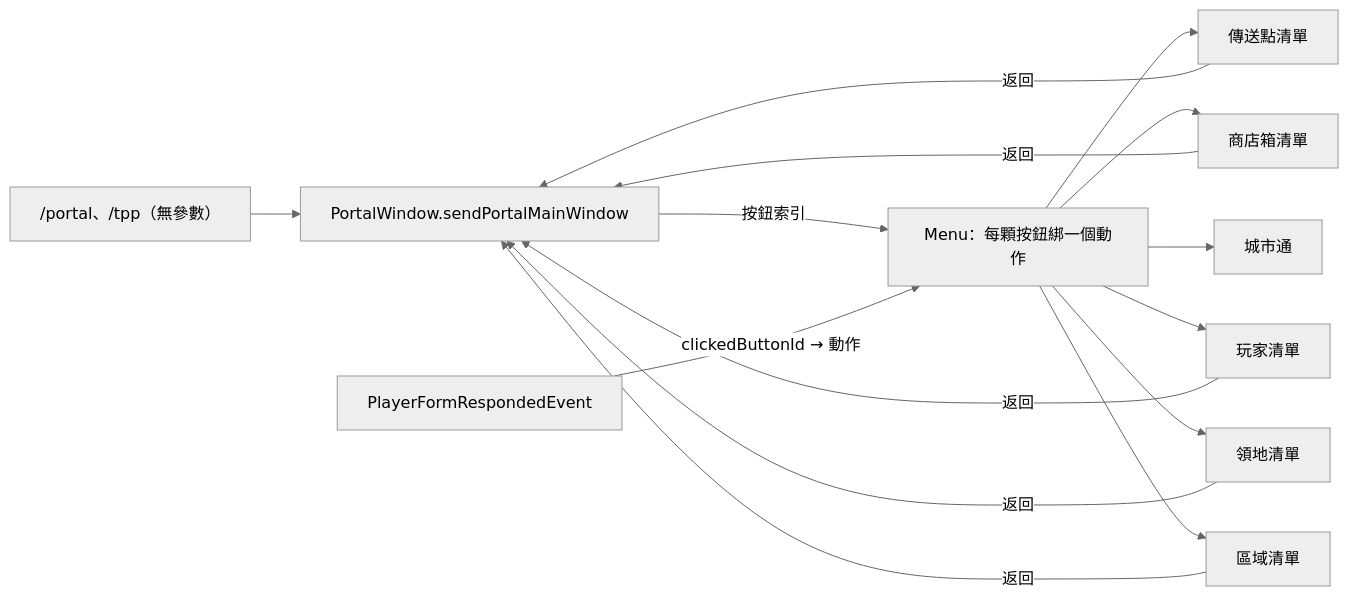
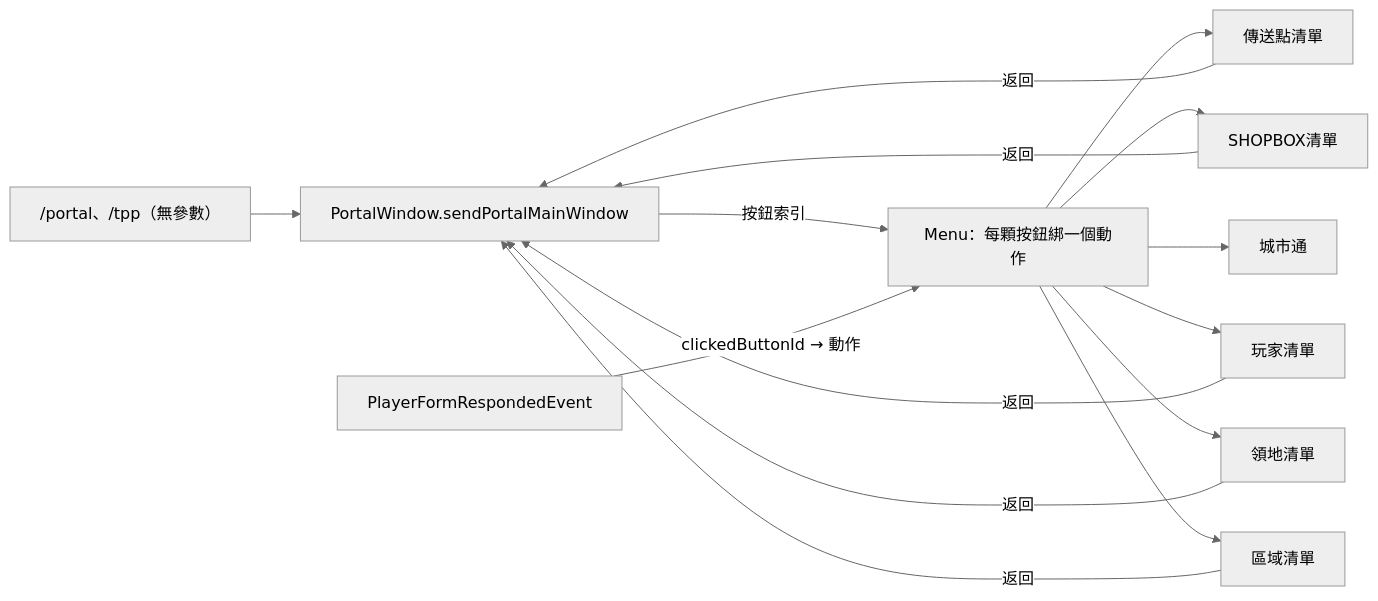
One commit to zisunny104/tokaPortal changed the diagram in docs/WINDOWS.md. Above: the diagram before and after it, drawn with Mermaid (neutral theme). The commit also changed other lines of this file and 8 other files, not shown here.

````diff
--- a/docs/WINDOWS.md
+++ b/docs/WINDOWS.md
@@ -7,8 +7,8 @@
 ```mermaid
 flowchart LR
     C["/portal、/tpp（無參數）"] --> M[PortalWindow.sendPortalMainWindow]
     M -->|按鈕索引| A["Menu：每顆按鈕綁一個動作"]
-    A --> R[區域清單] & L[領地清單] & P[玩家清單] & S[商店箱清單] & T[傳送點清單] & CP[城市通]
+    A --> R[區域清單] & L[領地清單] & P[玩家清單] & S[SHOPBOX清單] & T[傳送點清單] & CP[城市通]
     R & L & P & S & T -->|返回| M
     E["PlayerFormRespondedEvent"] -->|"clickedButtonId → 動作"| A
 ```
````
